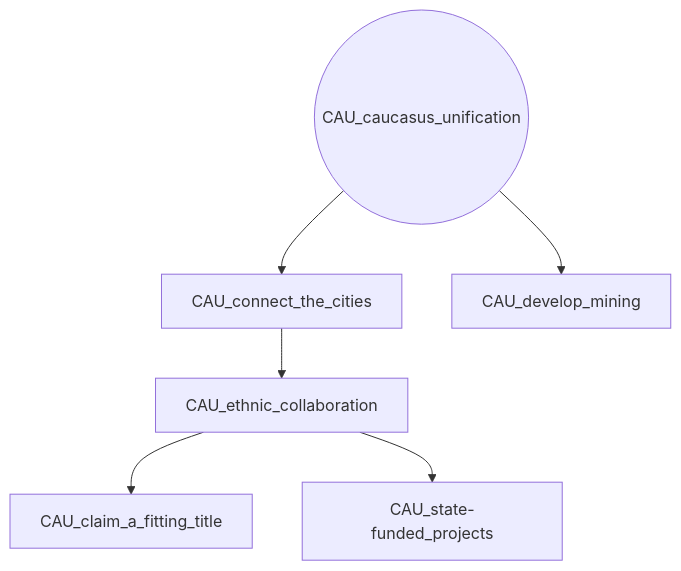
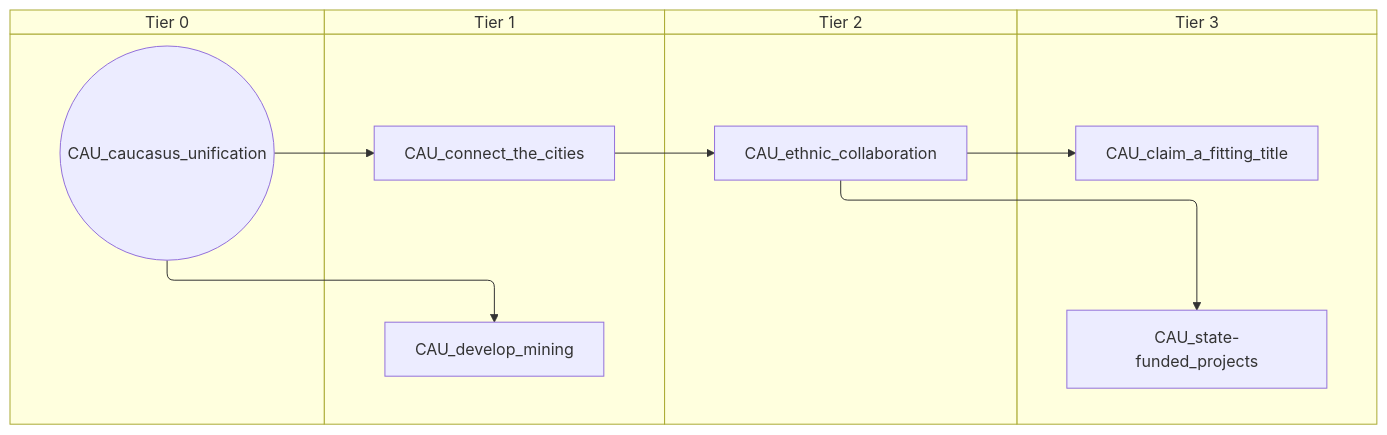
One commit to evgeny-sobol/hoi4-sandbox-mode-r56 changed the diagram in docs/gdd/National Focuses/r56_caucasus_union_shared.md. Above: the diagram before and after it, drawn with Mermaid. The commit also changed 423 other files, not shown here.

First line of the commit message:
Re-export Rt56 focus trees as swimlane diagrams

````diff
--- a/docs/gdd/National Focuses/r56_caucasus_union_shared.md
+++ b/docs/gdd/National Focuses/r56_caucasus_union_shared.md
@@ -3,14 +3,22 @@
 ```mermaid
-flowchart TD
-    n1(("CAU_caucasus_unification"))
-    n2["CAU_claim_a_fitting_title"]
-    n3["CAU_connect_the_cities"]
-    n4["CAU_develop_mining"]
-    n5["CAU_ethnic_collaboration"]
-    n6["CAU_state-funded_projects"]
-    n5 --> n2
+swimlane-beta TD
+    subgraph tier_0["Tier 0"]
+        n1(("CAU_caucasus_unification"))
+    end
+    subgraph tier_1["Tier 1"]
+        n2["CAU_connect_the_cities"]
+        n3["CAU_develop_mining"]
+    end
+    subgraph tier_2["Tier 2"]
+        n4["CAU_ethnic_collaboration"]
+    end
+    subgraph tier_3["Tier 3"]
+        n5["CAU_claim_a_fitting_title"]
+        n6["CAU_state-funded_projects"]
+    end
+    n4 --> n5
+    n1 --> n2
     n1 --> n3
-    n1 --> n4
-    n3 --> n5
-    n5 --> n6
+    n2 --> n4
+    n4 --> n6
 ```
````
